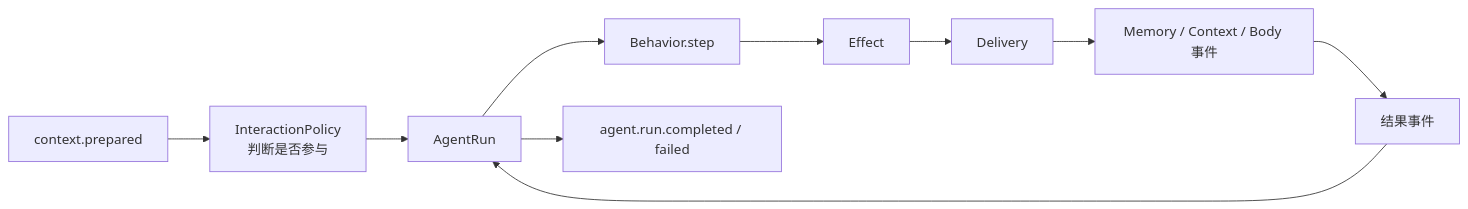
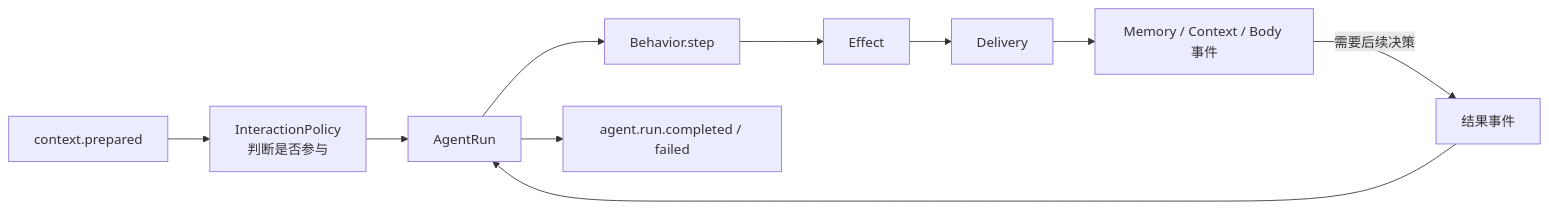
One commit to FXLYawa/SenaBot changed the diagram in docs/modules/agent/README.md. Above: the diagram before and after it, drawn with Mermaid. The commit also changed other lines of this file and 13 other files, not shown here.

````diff
--- a/docs/modules/agent/README.md
+++ b/docs/modules/agent/README.md
@@ -11,12 +11,12 @@
 ```mermaid
 flowchart LR
     Context["context.prepared"] --> Interaction["InteractionPolicy\n判断是否参与"]
     Interaction --> Run["AgentRun"]
     Run --> Behavior["Behavior.step"]
     Behavior --> Effect["Effect"]
     Effect --> Delivery["Delivery"]
     Delivery --> External["Memory / Context / Body 事件"]
-    External --> Result["结果事件"]
+    External -->|"需要后续决策"| Result["结果事件"]
     Result --> Run
     Run --> Terminal["agent.run.completed / failed"]
 ```
````
